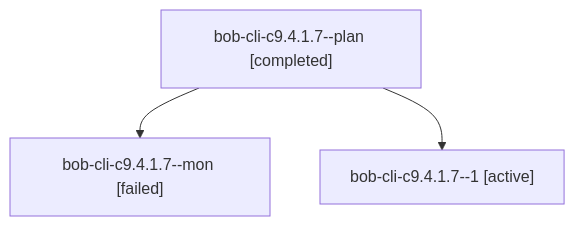
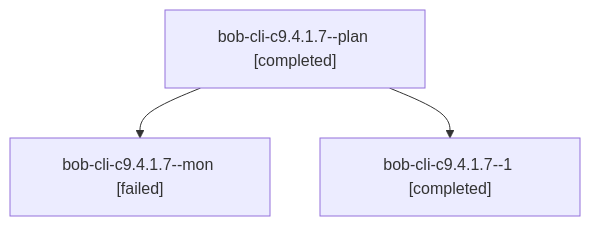
One commit to bobs-org/bob-cli--agents changed the diagram in sessions/bbugyi200.athena.bob-cli-c9.4.1.7.md. Above: the diagram before and after it, drawn with Mermaid. The commit also changed other lines of this file and 62 other files, not shown here.

````diff
--- a/sessions/bbugyi200.athena.bob-cli-c9.4.1.7.md
+++ b/sessions/bbugyi200.athena.bob-cli-c9.4.1.7.md
@@ -9,8 +9,8 @@
 ```mermaid
 flowchart TD
   n0["bob-cli-c9.4.1.7--plan [completed]"]
   n1["bob-cli-c9.4.1.7--mon [failed]"]
   n0 --> n1
-  n2["bob-cli-c9.4.1.7--1 [active]"]
+  n2["bob-cli-c9.4.1.7--1 [completed]"]
   n0 --> n2
 ```
````
